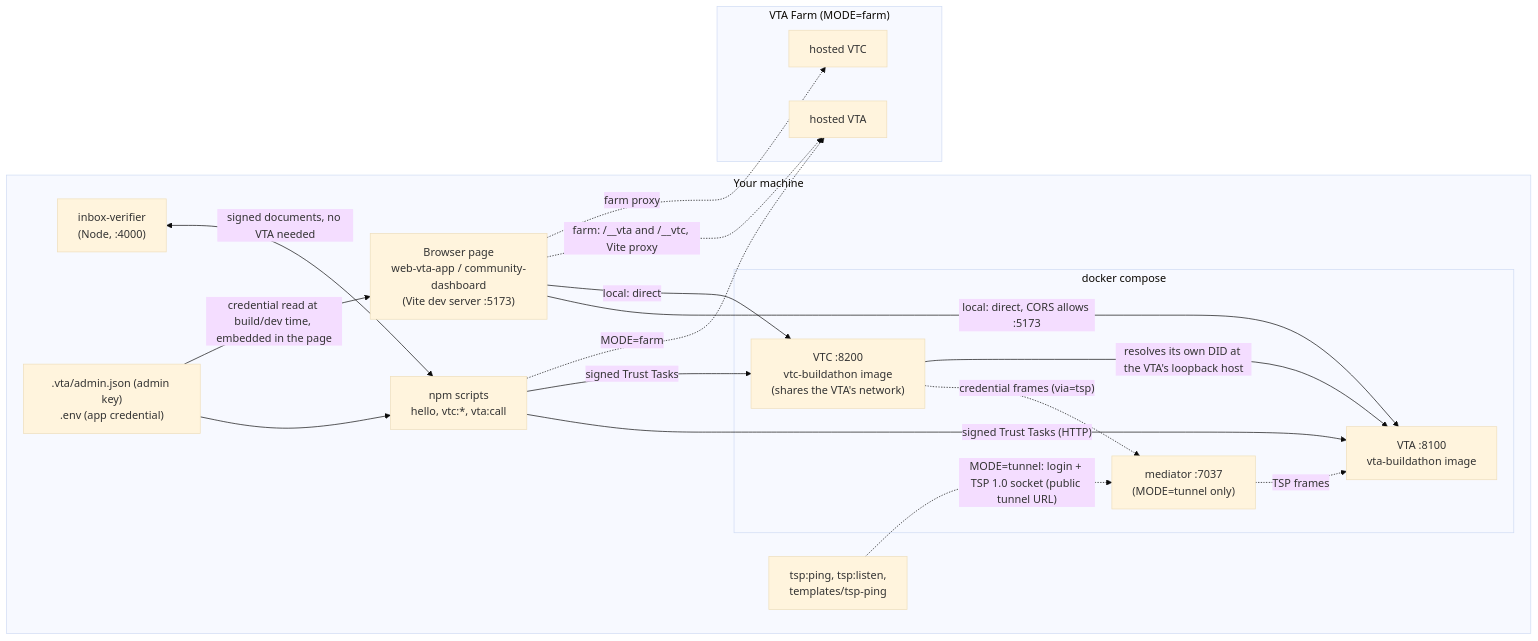
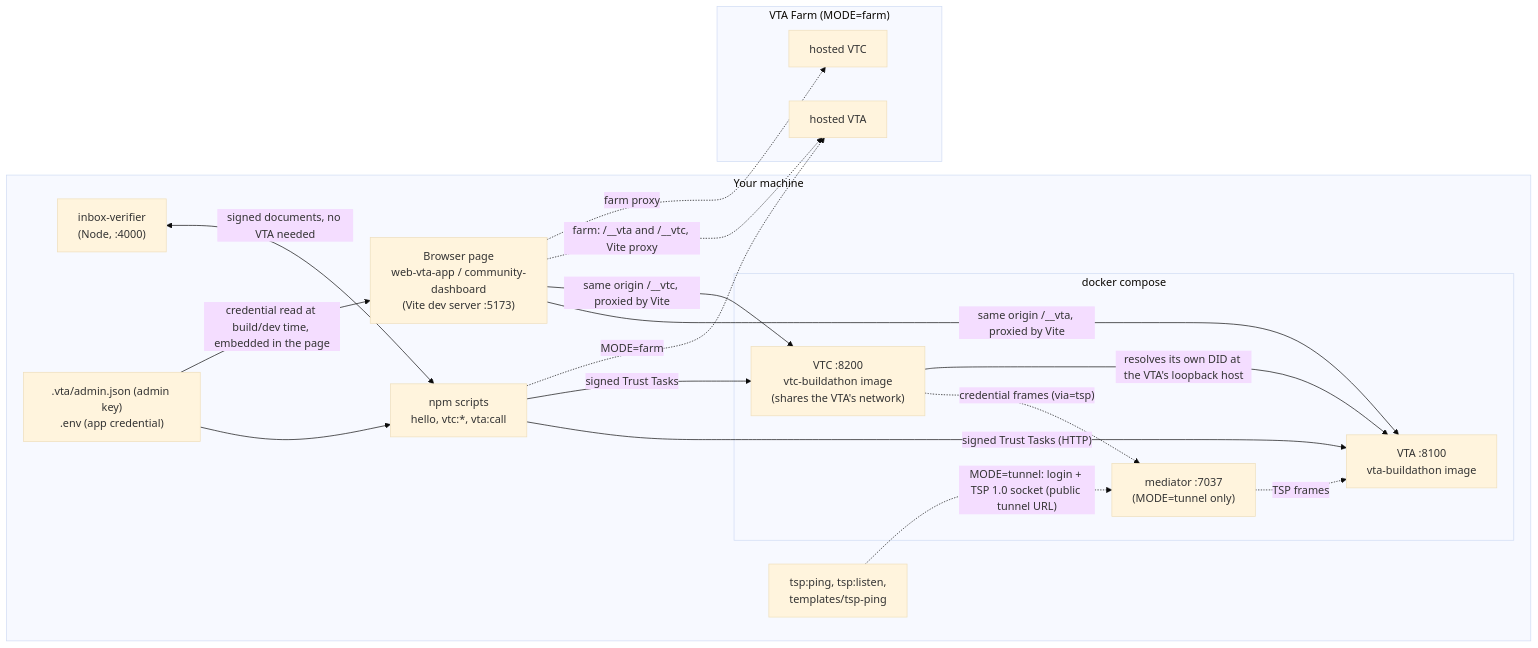
Before and after one commit to Mickens-Lab/vta-buildathon-starter: the diagram in docs/ARCHITECTURE.md, drawn with Mermaid (base theme). The commit also changed other lines of this file and 16 other files, not shown here.

First line of the commit message:
Browser templates: proxy the VTA and VTC through the Vite dev server in every mode

````diff
--- a/docs/ARCHITECTURE.md
+++ b/docs/ARCHITECTURE.md
@@ -25,33 +25,33 @@
 ```mermaid
 flowchart LR
   subgraph You["Your machine"]
     CLI["npm scripts<br/>hello, vtc:*, vta:call"]
     NODE["inbox-verifier<br/>(Node, :4000)"]
     BROWSER["Browser page<br/>web-vta-app / community-dashboard<br/>(Vite dev server :5173)"]
     subgraph DOCKER["docker compose"]
       VTA["VTA :8100<br/>vta-buildathon image"]
       VTC["VTC :8200<br/>vtc-buildathon image<br/>(shares the VTA's network)"]
       MED["mediator :7037<br/>(MODE=tunnel only)"]
     end
     TSP["tsp:ping, tsp:listen,<br/>templates/tsp-ping"]
     FILES[".vta/admin.json (admin key)<br/>.env (app credential)"]
   end
   subgraph FARM["VTA Farm (MODE=farm)"]
     FVTA["hosted VTA"]
     FVTC["hosted VTC"]
   end
   CLI -->|"signed Trust Tasks (HTTP)"| VTA
   CLI -->|"signed Trust Tasks"| VTC
-  BROWSER -->|"local: direct, CORS allows :5173"| VTA
-  BROWSER -->|"local: direct"| VTC
+  BROWSER -->|"same origin /__vta, proxied by Vite"| VTA
+  BROWSER -->|"same origin /__vtc, proxied by Vite"| VTC
   BROWSER -. "farm: /__vta and /__vtc, Vite proxy" .-> FVTA
   BROWSER -. "farm proxy" .-> FVTC
   CLI -. "MODE=farm" .-> FVTA
   TSP -. "MODE=tunnel: login + TSP 1.0 socket (public tunnel URL)" .-> MED
   MED -. "TSP frames" .-> VTA
   VTC -. "credential frames (via=tsp)" .-> MED
   VTC -->|"resolves its own DID at the VTA's loopback host"| VTA
   NODE <-->|"signed documents, no VTA needed"| CLI
   FILES --> CLI
   FILES -->|"credential read at build/dev time, embedded in the page"| BROWSER
 ```
````
